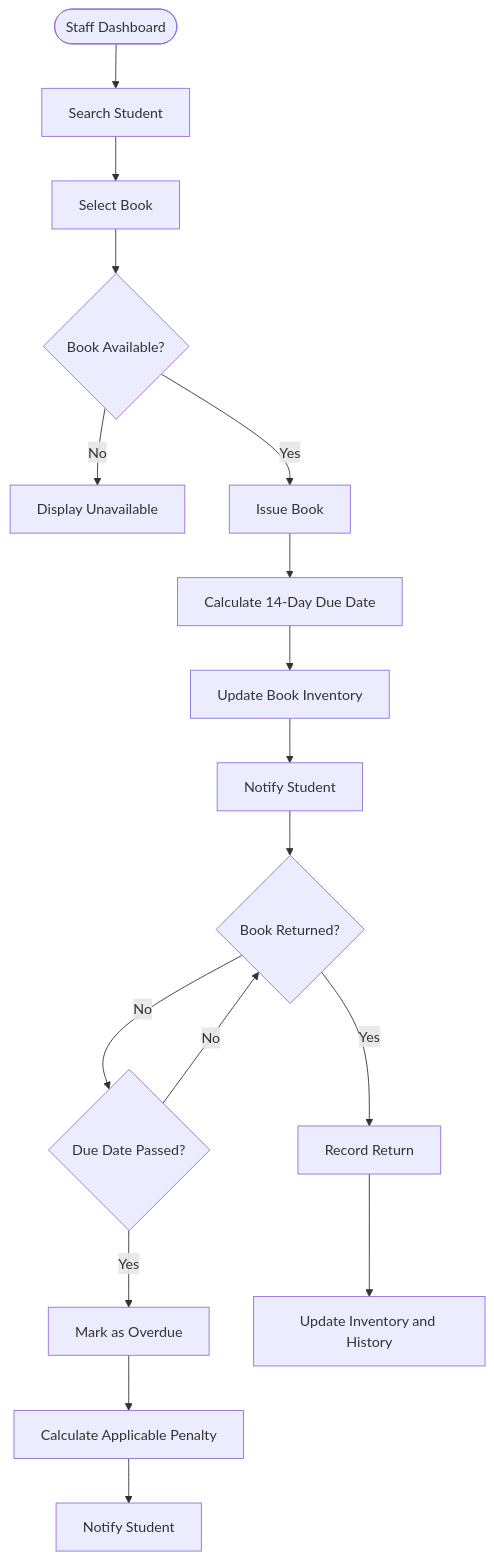
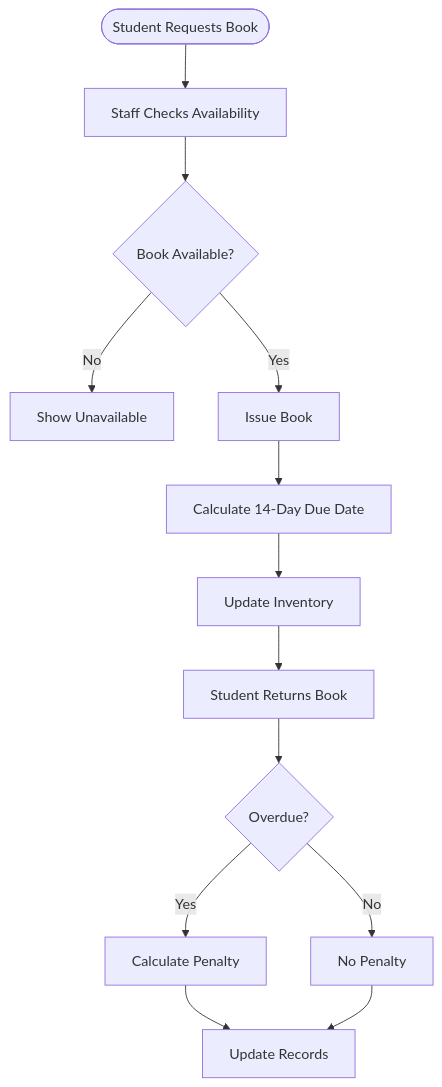
The third of 5 diagrams in README.md (hardhiksai05/Library_System_Management_Prototype), drawn with Mermaid before and after one commit. The commit also changed other lines of this file, not shown here.

````diff
--- a/README.md
+++ b/README.md
@@ -266,19 +254,15 @@
 ```mermaid
 flowchart TD
-    A([Staff Dashboard]) --> B[Search Student]
-    B --> C[Select Book]
-    C --> D{Book Available?}
-    D -->|No| E[Display Unavailable]
-    D -->|Yes| F[Issue Book]
-    F --> G[Calculate 14-Day Due Date]
-    G --> H[Update Book Inventory]
-    H --> I[Notify Student]
-    I --> J{Book Returned?}
-    J -->|Yes| K[Record Return]
-    J -->|No| L{Due Date Passed?}
-    L -->|No| J
-    L -->|Yes| M[Mark as Overdue]
-    M --> N[Calculate Applicable Penalty]
-    N --> O[Notify Student]
-    K --> P[Update Inventory and History]
+    A([Student Requests Book]) --> B[Staff Checks Availability]
+    B --> C{Book Available?}
+    C -->|No| D[Show Unavailable]
+    C -->|Yes| E[Issue Book]
+    E --> F[Calculate 14-Day Due Date]
+    F --> G[Update Inventory]
+    G --> H[Student Returns Book]
+    H --> I{Overdue?}
+    I -->|Yes| J[Calculate Penalty]
+    I -->|No| K[No Penalty]
+    J --> L[Update Records]
+    K --> L
 ```
````
